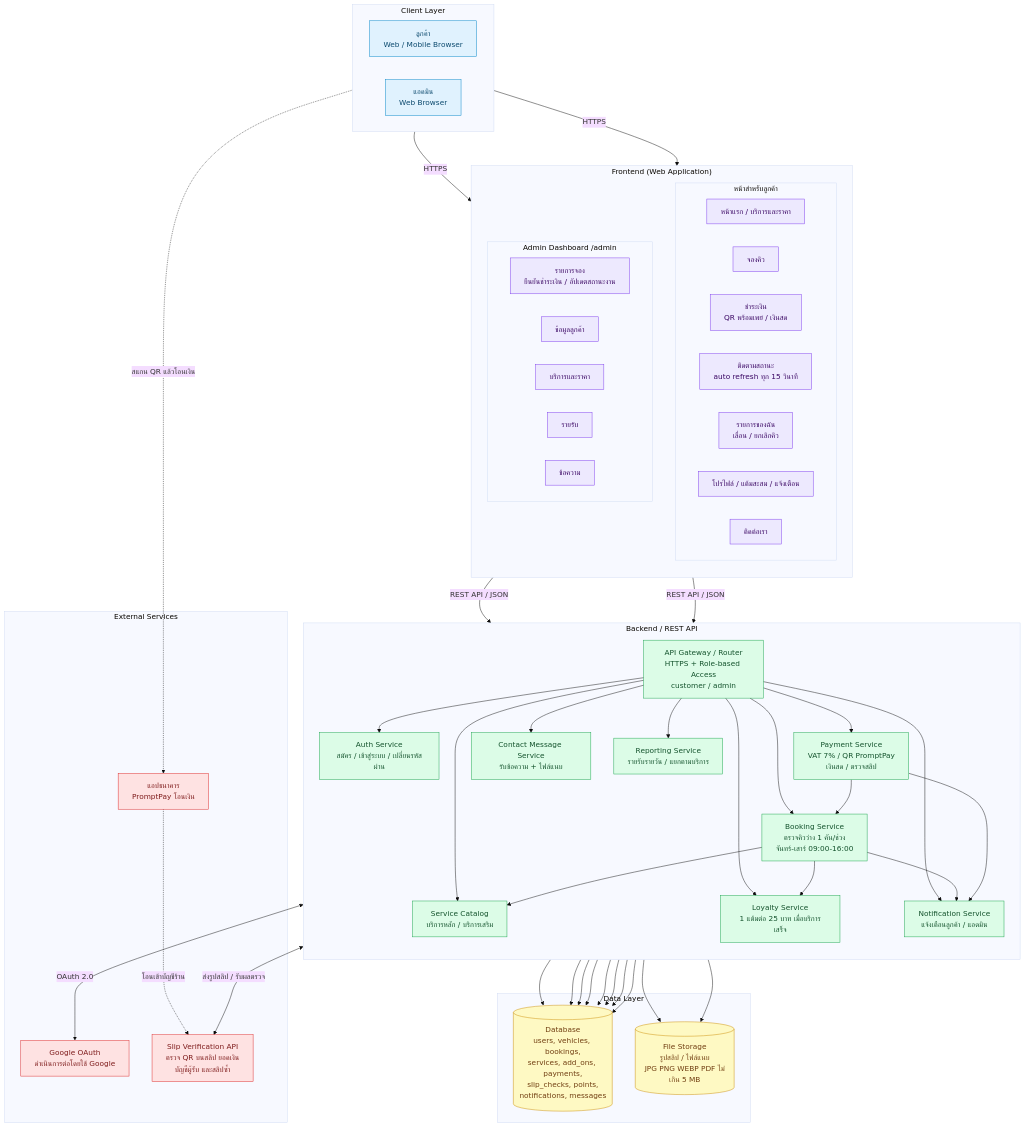
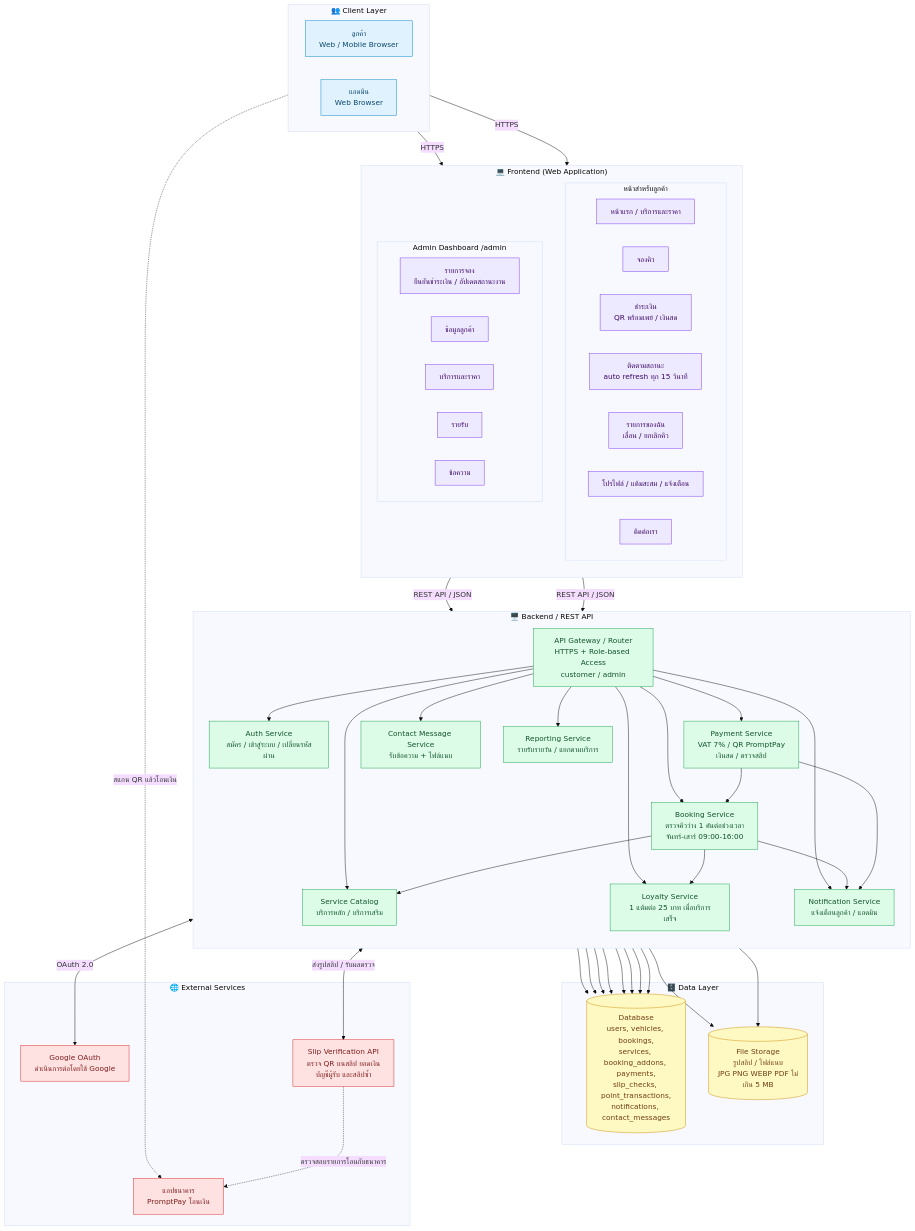
Before and after one commit to Patipan26/Group22-CarWash-Queue: the first of 4 diagrams in README.md, drawn with Mermaid (base theme). The commit also changed other lines of this file, not shown here.

````diff
--- a/README.md
+++ b/README.md
@@ -4,14 +5,14 @@
 ```mermaid
 flowchart TB
     %% ===== Client =====
-    subgraph CLIENT["Client Layer"]
+    subgraph CLIENT["👥 Client Layer"]
         direction LR
         C1["ลูกค้า<br/>Web / Mobile Browser"]
         C2["แอดมิน<br/>Web Browser"]
     end
 
     %% ===== Frontend =====
-    subgraph FE["Frontend (Web Application)"]
+    subgraph FE["💻 Frontend (Web Application)"]
         direction TB
         subgraph FE_C["หน้าสำหรับลูกค้า"]
             F1["หน้าแรก / บริการและราคา"]
@@ -32,11 +33,11 @@
     end
 
     %% ===== Backend =====
-    subgraph BE["Backend / REST API"]
+    subgraph BE["🖥️ Backend / REST API"]
         direction TB
         GW["API Gateway / Router<br/>HTTPS + Role-based Access<br/>customer / admin"]
         AUTH["Auth Service<br/>สมัคร / เข้าสู่ระบบ / เปลี่ยนรหัสผ่าน"]
-        BOOK["Booking Service<br/>ตรวจคิวว่าง 1 คัน/ช่วง<br/>จันทร์-เสาร์ 09:00-16:00"]
+        BOOK["Booking Service<br/>ตรวจคิวว่าง 1 คันต่อช่วงเวลา<br/>จันทร์-เสาร์ 09:00-16:00"]
         PAY["Payment Service<br/>VAT 7% / QR PromptPay<br/>เงินสด / ตรวจสลิป"]
         CAT["Service Catalog<br/>บริการหลัก / บริการเสริม"]
         LOYAL["Loyalty Service<br/>1 แต้มต่อ 25 บาท เมื่อบริการเสร็จ"]
@@ -46,13 +47,13 @@
     end
 
     %% ===== Data =====
-    subgraph DATA["Data Layer"]
-        DB[("Database<br/>users, vehicles, bookings,<br/>services, add_ons, payments,<br/>slip_checks, points,<br/>notifications, messages")]
+    subgraph DATA["🗄️ Data Layer"]
+        DB[("Database<br/>users, vehicles, bookings,<br/>services, booking_addons, payments,<br/>slip_checks, point_transactions,<br/>notifications, contact_messages")]
         FS[("File Storage<br/>รูปสลิป / ไฟล์แนบ<br/>JPG PNG WEBP PDF ไม่เกิน 5 MB")]
     end
 
     %% ===== External =====
-    subgraph EXT["External Services"]
+    subgraph EXT["🌐 External Services"]
         GOOGLE["Google OAuth<br/>ดำเนินการต่อโดยใช้ Google"]
         SLIP["Slip Verification API<br/>ตรวจ QR บนสลิป ยอดเงิน<br/>บัญชีผู้รับ และสลิปซ้ำ"]
         BANK["แอปธนาคาร<br/>PromptPay โอนเงิน"]
@@ -75,9 +76,9 @@
 
     BOOK --> CAT
     BOOK --> NOTI
+    BOOK --> LOYAL
     PAY --> BOOK
     PAY --> NOTI
-    BOOK --> LOYAL
 
     AUTH --> DB
     BOOK --> DB
@@ -94,7 +95,7 @@
     AUTH <-->|OAuth 2.0| GOOGLE
     PAY <-->|ส่งรูปสลิป / รับผลตรวจ| SLIP
     C1 -.->|สแกน QR แล้วโอนเงิน| BANK
-    BANK -.->|โอนเข้าบัญชีร้าน| SLIP
+    SLIP -.->|ตรวจสอบรายการโอนกับธนาคาร| BANK
 
     classDef client fill:#e0f2fe,stroke:#0284c7,color:#0c4a6e
     classDef fe fill:#ede9fe,stroke:#7c3aed,color:#3b0764
````
